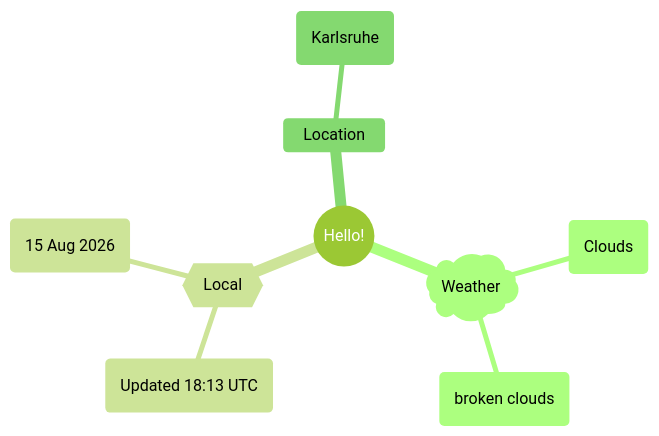
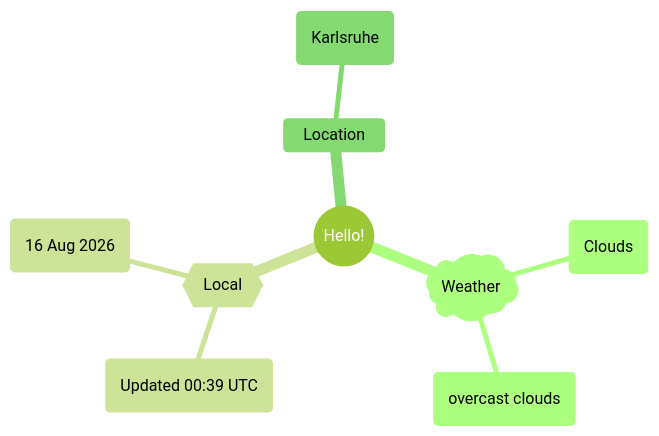
The first of 2 diagrams in README.md (Xosrov/Xosrov), drawn with Mermaid (forest theme) before and after one commit.

Commit message:
[bot] updated images

````diff
--- a/README.md
+++ b/README.md
@@ -3,12 +3,12 @@
 ```mermaid
 mindmap
   root((Hello!))
     )Weather(
         (Clouds)
-        (broken clouds)
+        (overcast clouds)
     {{Local}}
-        (Updated 18:13 UTC)
-        (15 Aug 2026)
+        (Updated 00:39 UTC)
+        (16 Aug 2026)
     Location
         (Karlsruhe)
 ```
````
